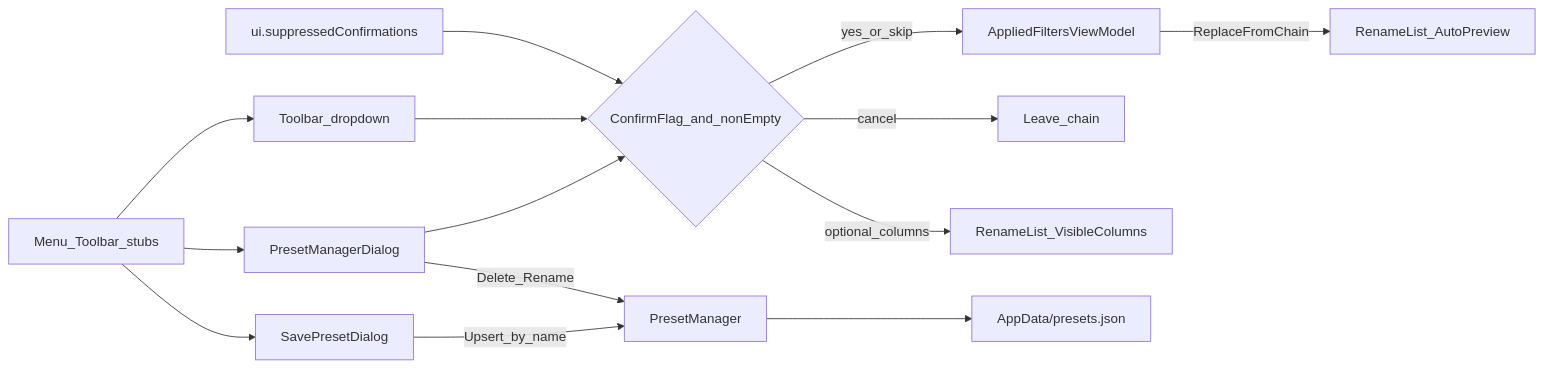
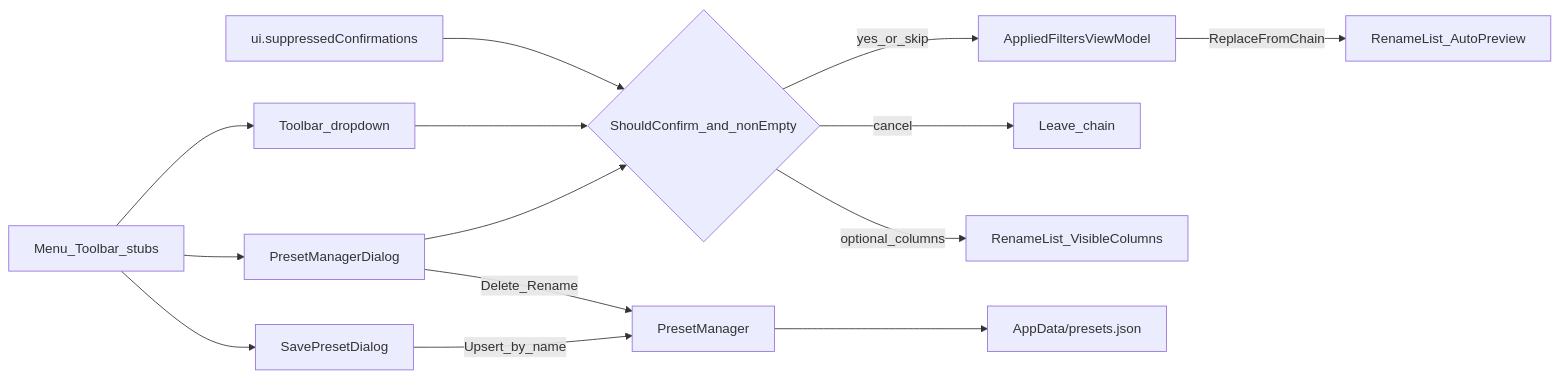
The diagram in docs/plans/presets-ui.plan.md (davidohana/finebytes), drawn with Mermaid before and after one commit. The commit also changed 2 other files, not shown here.

Commit message:
Clarify superseded confirmation docs so parent plans do not present Fewer/Normal/More as current.

````diff
--- a/docs/plans/presets-ui.plan.md
+++ b/docs/plans/presets-ui.plan.md
@@ -45,16 +45,16 @@
 ```mermaid
 flowchart LR
   stubs[Menu_Toolbar_stubs] --> mgr[PresetManagerDialog]
   stubs --> saveDlg[SavePresetDialog]
   saveDlg -->|Upsert_by_name| pm[PresetManager]
-  mgr --> confirmGate{ConfirmFlag_and_nonEmpty}
+  mgr --> confirmGate{ShouldConfirm_and_nonEmpty}
   stubs --> quickPick[Toolbar_dropdown]
   quickPick --> confirmGate
   confirmGate -->|yes_or_skip| applied[AppliedFiltersViewModel]
   confirmGate -->|cancel| stay[Leave_chain]
   applied -->|ReplaceFromChain| preview[RenameList_AutoPreview]
   confirmGate -->|optional_columns| rlCols[RenameList_VisibleColumns]
   mgr -->|Delete_Rename| pm
   pm --> json["AppData/presets.json"]
   cfg["ui.suppressedConfirmations"] --> confirmGate
 ```
````
